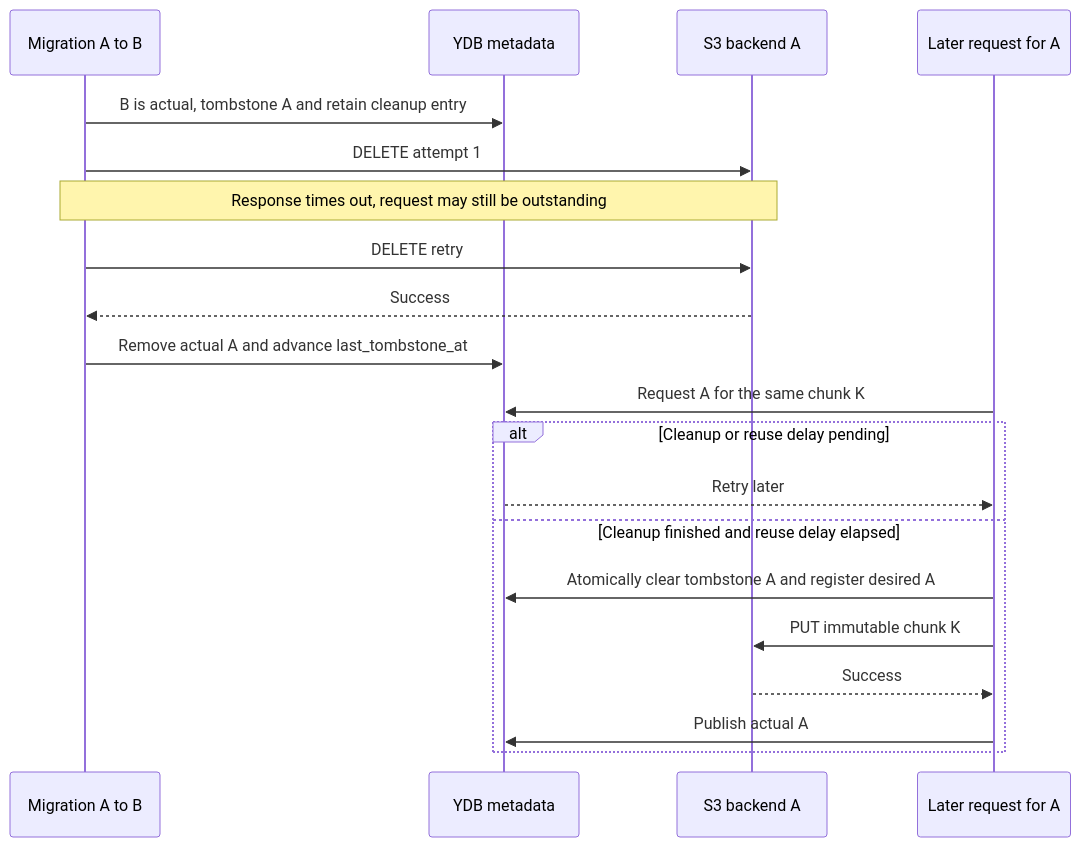
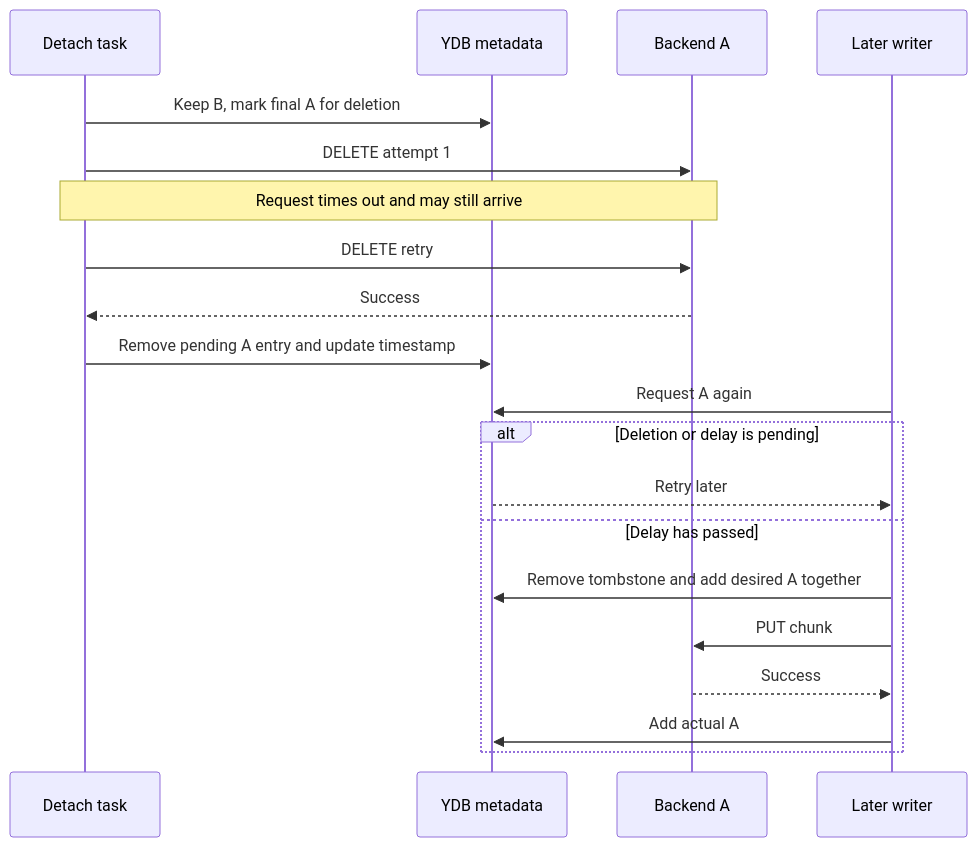
One commit to ydb-platform/nbs changed the sixth of 10 diagrams in doc/disk_manager/chunk_storage/design_doc.md. Above: the diagram before and after it, drawn with Mermaid. The commit also changed other lines of this file, not shown here.

````diff
--- a/doc/disk_manager/chunk_storage/design_doc.md
+++ b/doc/disk_manager/chunk_storage/design_doc.md
@@ -277,22 +248,22 @@
 ```mermaid
 sequenceDiagram
-    participant Forward as Migration A to B
+    participant Task as Detach task
     participant DB as YDB metadata
-    participant A as S3 backend A
-    participant Reattach as Later request for A
-    Forward->>DB: B is actual, tombstone A and retain cleanup entry
-    Forward->>A: DELETE attempt 1
-    Note over Forward,A: Response times out, request may still be outstanding
-    Forward->>A: DELETE retry
-    A-->>Forward: Success
-    Forward->>DB: Remove actual A and advance last_tombstone_at
-    Reattach->>DB: Request A for the same chunk K
-    alt Cleanup or reuse delay pending
-        DB-->>Reattach: Retry later
-    else Cleanup finished and reuse delay elapsed
-        Reattach->>DB: Atomically clear tombstone A and register desired A
-        Reattach->>A: PUT immutable chunk K
-        A-->>Reattach: Success
-        Reattach->>DB: Publish actual A
+    participant A as Backend A
+    participant Writer as Later writer
+    Task->>DB: Keep B, mark final A for deletion
+    Task->>A: DELETE attempt 1
+    Note over Task,A: Request times out and may still arrive
+    Task->>A: DELETE retry
+    A-->>Task: Success
+    Task->>DB: Remove pending A entry and update timestamp
+    Writer->>DB: Request A again
+    alt Deletion or delay is pending
+        DB-->>Writer: Retry later
+    else Delay has passed
+        Writer->>DB: Remove tombstone and add desired A together
+        Writer->>A: PUT chunk
+        A-->>Writer: Success
+        Writer->>DB: Add actual A
     end
 ```
````
